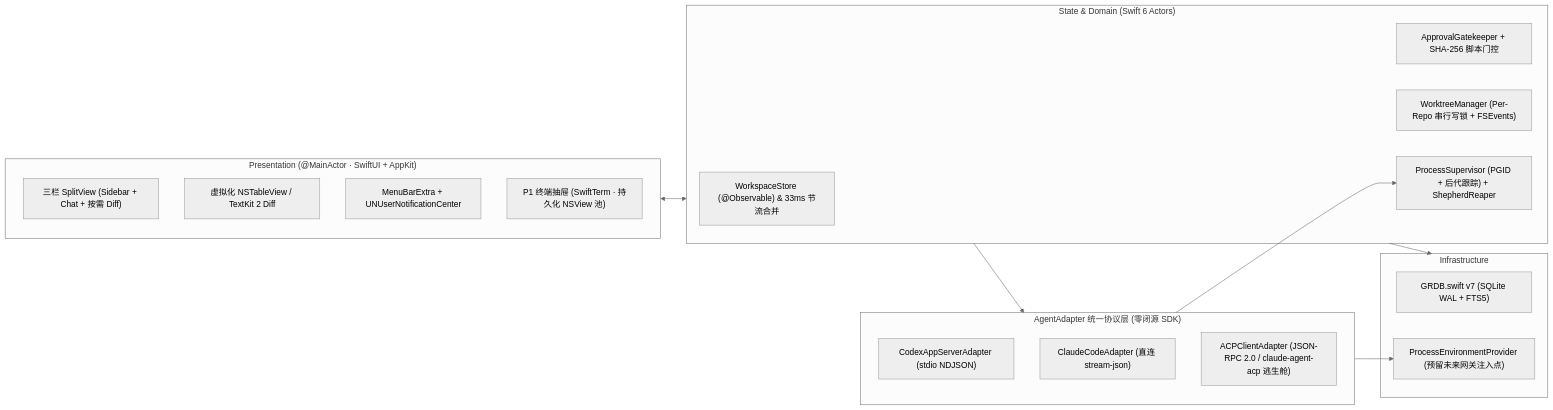
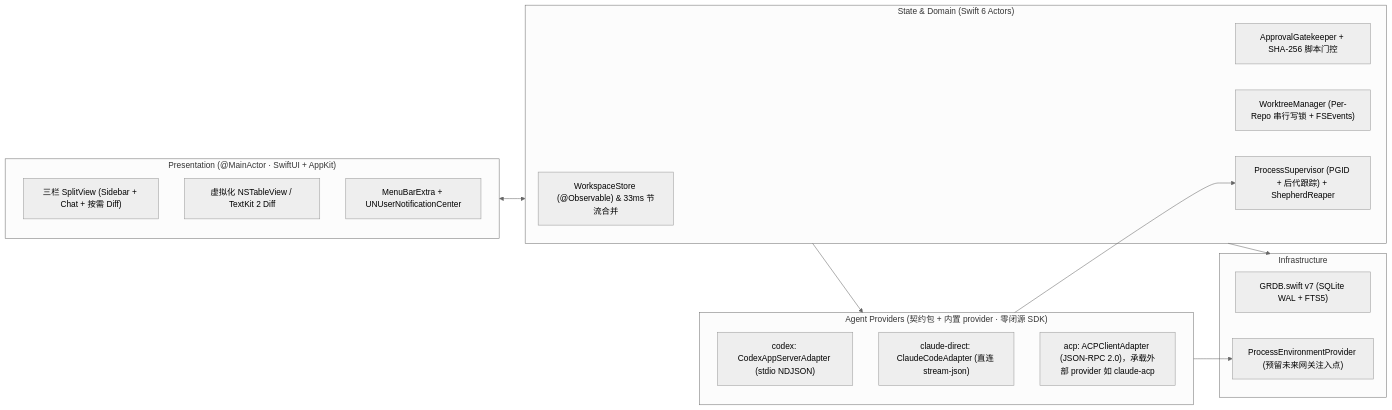
One commit to julytang/Shepherd changed the first of 2 diagrams in docs/PROPOSAL.md. Above: the diagram before and after it, drawn with Mermaid (neutral theme). The commit also changed other lines of this file and 5 other files, not shown here.

First line of the commit message:
docs: 修订 v3 — Claude 接入定稿、provider 分层、移除终端抽屉与排期

````diff
--- a/docs/PROPOSAL.md
+++ b/docs/PROPOSAL.md
@@ -70,33 +71,32 @@
 ```mermaid
 flowchart LR
     subgraph UI["Presentation (@MainActor · SwiftUI + AppKit)"]
         Split["三栏 SplitView (Sidebar + Chat + 按需 Diff)"]
         DiffView["虚拟化 NSTableView / TextKit 2 Diff"]
         Chrome["MenuBarExtra + UNUserNotificationCenter"]
-        TermP1["P1 终端抽屉 (SwiftTerm · 持久化 NSView 池)"]
     end
 
     subgraph Core["State & Domain (Swift 6 Actors)"]
         Store["WorkspaceStore (@Observable) & 33ms 节流合并"]
         Gate["ApprovalGatekeeper + SHA-256 脚本门控"]
         WT["WorktreeManager (Per-Repo 串行写锁 + FSEvents)"]
         Sup["ProcessSupervisor (PGID + 后代跟踪) + ShepherdReaper"]
     end
 
-    subgraph Drivers["AgentAdapter 统一协议层 (零闭源 SDK)"]
-        Codex["CodexAppServerAdapter (stdio NDJSON)"]
-        Claude["ClaudeCodeAdapter (直连 stream-json)"]
-        ACP["ACPClientAdapter (JSON-RPC 2.0 / claude-agent-acp 逃生舱)"]
+    subgraph Drivers["Agent Providers (契约包 + 内置 provider · 零闭源 SDK)"]
+        Codex["codex: CodexAppServerAdapter (stdio NDJSON)"]
+        Claude["claude-direct: ClaudeCodeAdapter (直连 stream-json)"]
+        ACP["acp: ACPClientAdapter (JSON-RPC 2.0)，承载外部 provider 如 claude-acp"]
     end
 
     subgraph Infra["Infrastructure"]
         DB["GRDB.swift v7 (SQLite WAL + FTS5)"]
         Env["ProcessEnvironmentProvider (预留未来网关注入点)"]
     end
 
     UI <--> Core
     Core --> Drivers
     Core --> Infra
     Drivers --> Sup
     Drivers --> Env
 ```
````
